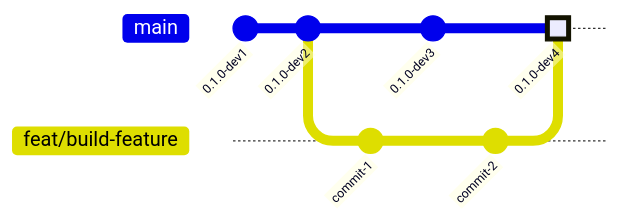
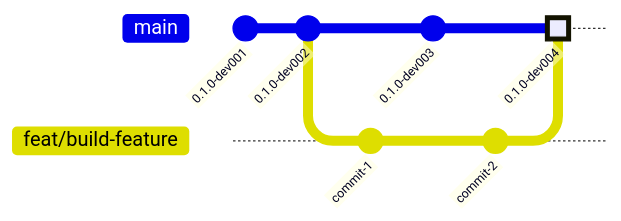
One commit to tomtom-international/commisery-action changed the sixth of 14 diagrams in docs/sdk-versioning.md. Above: the diagram before and after it, drawn with Mermaid. The commit also changed other lines of this file, not shown here.

````diff
--- a/docs/sdk-versioning.md
+++ b/docs/sdk-versioning.md
@@ -342,14 +342,14 @@
 ```mermaid
 gitGraph
-  commit id: "0.1.0-dev1"
-  commit id: "0.1.0-dev2"
+  commit id: "0.1.0-dev001"
+  commit id: "0.1.0-dev002"
   branch feat/build-feature
   checkout feat/build-feature
   commit id: "commit-1"
   checkout main
-  commit id: "0.1.0-dev3"
+  commit id: "0.1.0-dev003"
   checkout feat/build-feature
   commit id: "commit-2"
   checkout main
-  merge feat/build-feature id: "0.1.0-dev4" type: HIGHLIGHT
+  merge feat/build-feature id: "0.1.0-dev004" type: HIGHLIGHT
 ```
````
